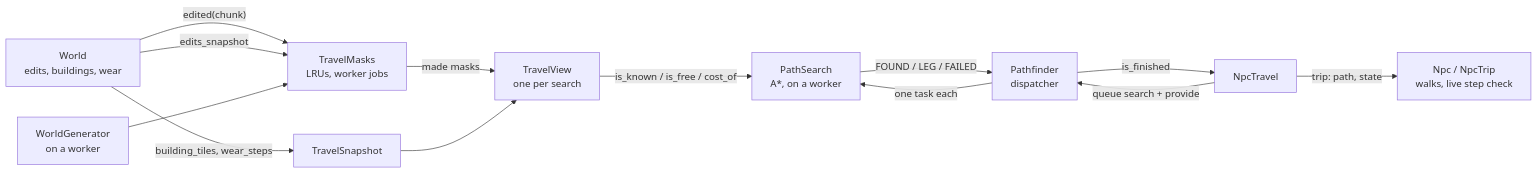
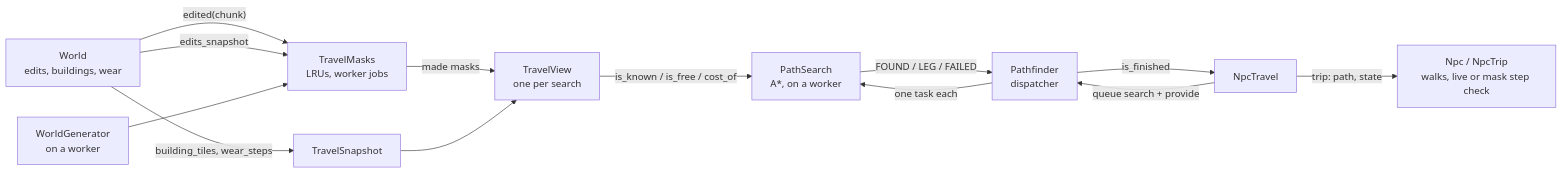
One commit to gentoomaniac/sandbox-game changed the first of 2 diagrams in design/tech/pathfinding.md. Above: the diagram before and after it, drawn with Mermaid. The commit also changed other lines of this file and 7 other files, not shown here.

First line of the commit message:
Villagers walk their path over chunks that are not loaded (#68, step 3)

````diff
--- a/design/tech/pathfinding.md
+++ b/design/tech/pathfinding.md
@@ -20,15 +21,15 @@
 ```mermaid
 flowchart LR
     W[World<br/>edits, buildings, wear] -- edited(chunk) --> MS
     W -- edits_snapshot --> MS[TravelMasks<br/>LRUs, worker jobs]
     G[WorldGenerator<br/>on a worker] --> MS
     MS -- made masks --> V[TravelView<br/>one per search]
     W -- building_tiles, wear_steps --> SN[TravelSnapshot]
     SN --> V
     V -- is_known / is_free / cost_of --> PS[PathSearch<br/>A*, on a worker]
     NT[NpcTravel] -- queue search + provide --> PF[Pathfinder<br/>dispatcher]
     PF -- one task each --> PS
     PS -- FOUND / LEG / FAILED --> PF
     PF -- is_finished --> NT
-    NT -- trip: path, state --> NP[Npc / NpcTrip<br/>walks, live step check]
+    NT -- trip: path, state --> NP[Npc / NpcTrip<br/>walks, live or mask step check]
 ```
````
